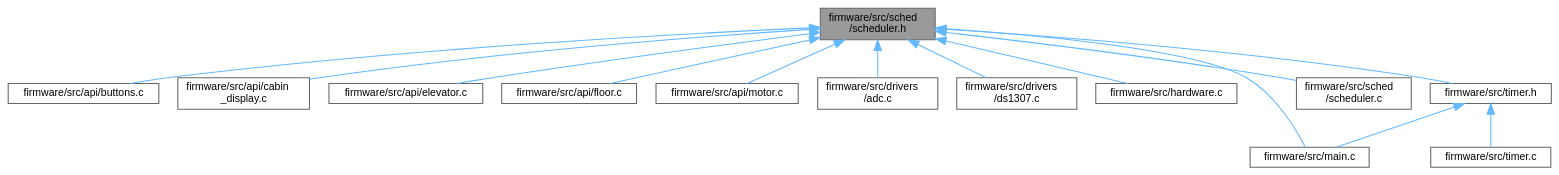
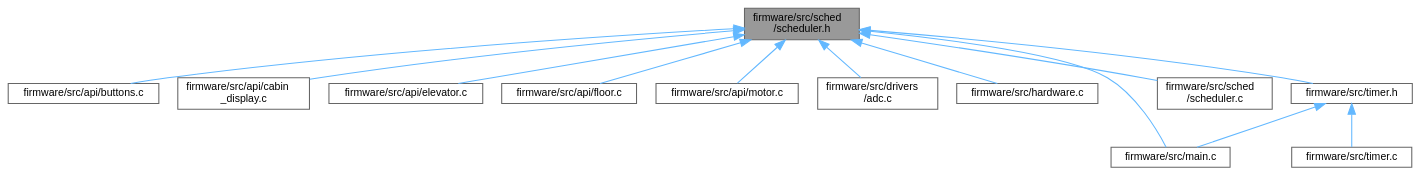
Before and after one commit to Ghaadyy/elevator-controller: the diagram in dev/scheduler_8h__dep__incl.dot, drawn with Graphviz. The commit also changed 90 other files, not shown here.

```diff
--- a/dev/scheduler_8h__dep__incl.dot
+++ b/dev/scheduler_8h__dep__incl.dot
@@ -1,33 +1,31 @@
 digraph "firmware/src/sched/scheduler.h"
 {
  // LATEX_PDF_SIZE
   bgcolor="transparent";
   edge [fontname=Helvetica,fontsize=10,labelfontname=Helvetica,labelfontsize=10];
   node [fontname=Helvetica,fontsize=10,shape=box,height=0.2,width=0.4];
   Node1 [id="Node000001",label="firmware/src/sched\l/scheduler.h",height=0.2,width=0.4,color="gray40", fillcolor="grey60", style="filled", fontcolor="black",tooltip=" "];
   Node1 -> Node2 [id="edge1_Node000001_Node000002",dir="back",color="steelblue1",style="solid",tooltip=" "];
   Node2 [id="Node000002",label="firmware/src/api/buttons.c",height=0.2,width=0.4,color="grey40", fillcolor="white", style="filled",URL="$buttons_8c.html",tooltip=" "];
   Node1 -> Node3 [id="edge2_Node000001_Node000003",dir="back",color="steelblue1",style="solid",tooltip=" "];
   Node3 [id="Node000003",label="firmware/src/api/cabin\l_display.c",height=0.2,width=0.4,color="grey40", fillcolor="white", style="filled",URL="$cabin__display_8c.html",tooltip=" "];
   Node1 -> Node4 [id="edge3_Node000001_Node000004",dir="back",color="steelblue1",style="solid",tooltip=" "];
   Node4 [id="Node000004",label="firmware/src/api/elevator.c",height=0.2,width=0.4,color="grey40", fillcolor="white", style="filled",URL="$elevator_8c.html",tooltip="The scheduler for the elevator."];
   Node1 -> Node5 [id="edge4_Node000001_Node000005",dir="back",color="steelblue1",style="solid",tooltip=" "];
   Node5 [id="Node000005",label="firmware/src/api/floor.c",height=0.2,width=0.4,color="grey40", fillcolor="white", style="filled",URL="$floor_8c.html",tooltip="Implementation of the floor monitor API."];
   Node1 -> Node6 [id="edge5_Node000001_Node000006",dir="back",color="steelblue1",style="solid",tooltip=" "];
   Node6 [id="Node000006",label="firmware/src/api/motor.c",height=0.2,width=0.4,color="grey40", fillcolor="white", style="filled",URL="$motor_8c.html",tooltip=" "];
   Node1 -> Node7 [id="edge6_Node000001_Node000007",dir="back",color="steelblue1",style="solid",tooltip=" "];
   Node7 [id="Node000007",label="firmware/src/drivers\l/adc.c",height=0.2,width=0.4,color="grey40", fillcolor="white", style="filled",URL="$adc_8c.html",tooltip=" "];
   Node1 -> Node8 [id="edge7_Node000001_Node000008",dir="back",color="steelblue1",style="solid",tooltip=" "];
-  Node8 [id="Node000008",label="firmware/src/drivers\l/ds1307.c",height=0.2,width=0.4,color="grey40", fillcolor="white", style="filled",URL="$ds1307_8c.html",tooltip=" "];
+  Node8 [id="Node000008",label="firmware/src/hardware.c",height=0.2,width=0.4,color="grey40", fillcolor="white", style="filled",URL="$hardware_8c.html",tooltip=" "];
   Node1 -> Node9 [id="edge8_Node000001_Node000009",dir="back",color="steelblue1",style="solid",tooltip=" "];
-  Node9 [id="Node000009",label="firmware/src/hardware.c",height=0.2,width=0.4,color="grey40", fillcolor="white", style="filled",URL="$hardware_8c.html",tooltip=" "];
+  Node9 [id="Node000009",label="firmware/src/main.c",height=0.2,width=0.4,color="grey40", fillcolor="white", style="filled",URL="$main_8c.html",tooltip=" "];
   Node1 -> Node10 [id="edge9_Node000001_Node000010",dir="back",color="steelblue1",style="solid",tooltip=" "];
-  Node10 [id="Node000010",label="firmware/src/main.c",height=0.2,width=0.4,color="grey40", fillcolor="white", style="filled",URL="$main_8c.html",tooltip=" "];
+  Node10 [id="Node000010",label="firmware/src/sched\l/scheduler.c",height=0.2,width=0.4,color="grey40", fillcolor="white", style="filled",URL="$scheduler_8c.html",tooltip="Co-operative scheduler."];
   Node1 -> Node11 [id="edge10_Node000001_Node000011",dir="back",color="steelblue1",style="solid",tooltip=" "];
-  Node11 [id="Node000011",label="firmware/src/sched\l/scheduler.c",height=0.2,width=0.4,color="grey40", fillcolor="white", style="filled",URL="$scheduler_8c.html",tooltip="Co-operative scheduler."];
-  Node1 -> Node12 [id="edge11_Node000001_Node000012",dir="back",color="steelblue1",style="solid",tooltip=" "];
-  Node12 [id="Node000012",label="firmware/src/timer.h",height=0.2,width=0.4,color="grey40", fillcolor="white", style="filled",URL="$timer_8h.html",tooltip=" "];
-  Node12 -> Node10 [id="edge12_Node000012_Node000010",dir="back",color="steelblue1",style="solid",tooltip=" "];
-  Node12 -> Node13 [id="edge13_Node000012_Node000013",dir="back",color="steelblue1",style="solid",tooltip=" "];
-  Node13 [id="Node000013",label="firmware/src/timer.c",height=0.2,width=0.4,color="grey40", fillcolor="white", style="filled",URL="$timer_8c.html",tooltip=" "];
+  Node11 [id="Node000011",label="firmware/src/timer.h",height=0.2,width=0.4,color="grey40", fillcolor="white", style="filled",URL="$timer_8h.html",tooltip=" "];
+  Node11 -> Node9 [id="edge11_Node000011_Node000009",dir="back",color="steelblue1",style="solid",tooltip=" "];
+  Node11 -> Node12 [id="edge12_Node000011_Node000012",dir="back",color="steelblue1",style="solid",tooltip=" "];
+  Node12 [id="Node000012",label="firmware/src/timer.c",height=0.2,width=0.4,color="grey40", fillcolor="white", style="filled",URL="$timer_8c.html",tooltip=" "];
 }
```
